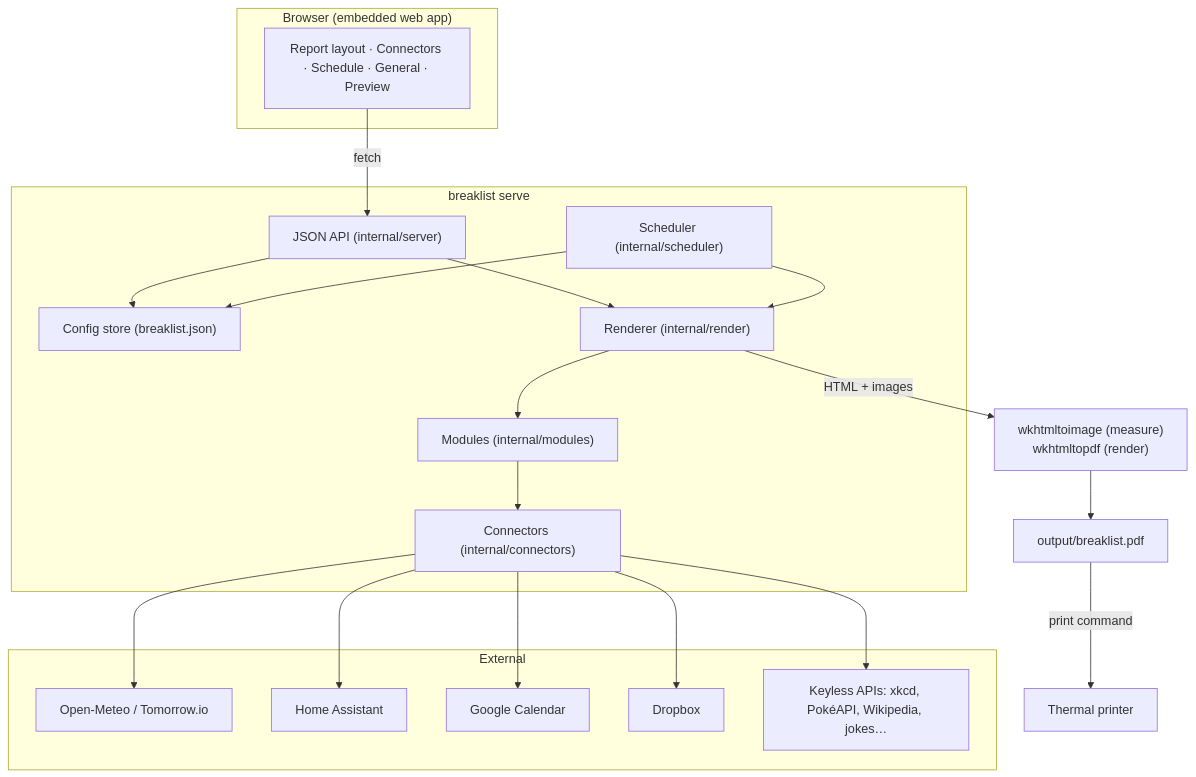
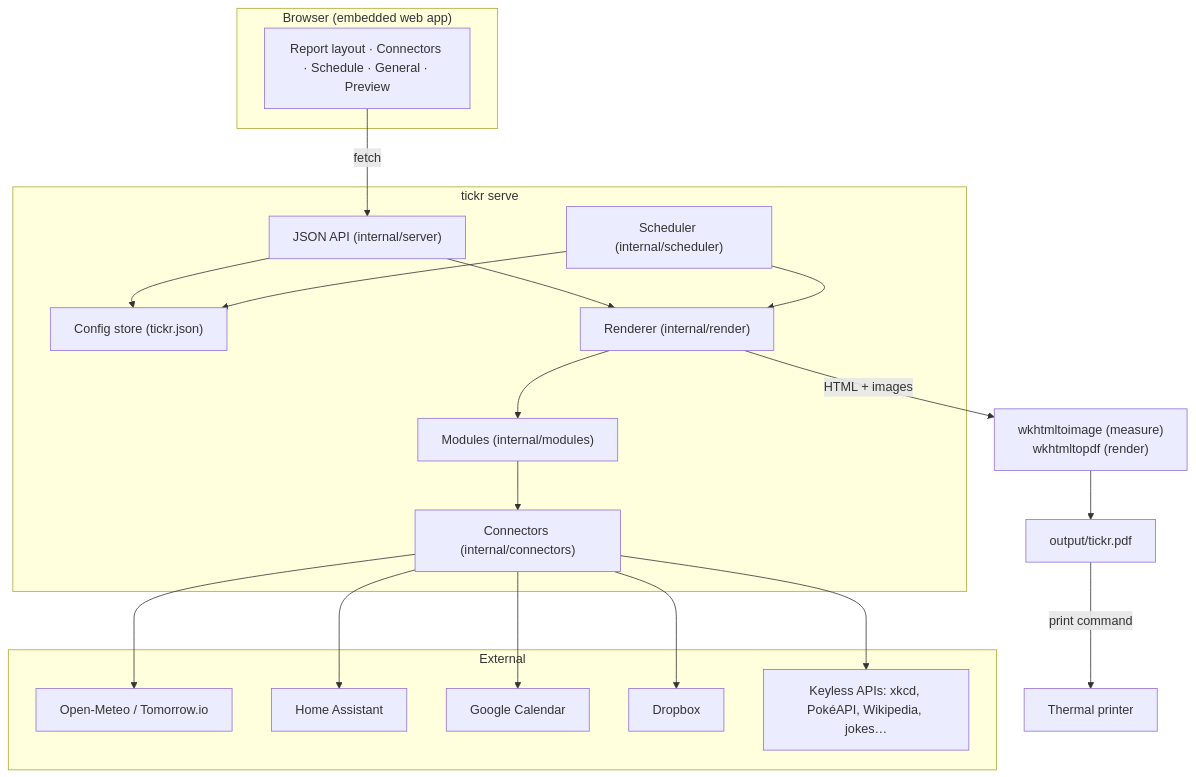
The diagram in docs/ARCHITECTURE.md (groblox/Tickr), drawn with Mermaid before and after one commit. The commit also changed other lines of this file and 51 other files, not shown here.

````diff
--- a/docs/ARCHITECTURE.md
+++ b/docs/ARCHITECTURE.md
@@ -5,35 +5,35 @@
 ```mermaid
 graph TD
     subgraph GUI["Browser (embedded web app)"]
         UI["Report layout · Connectors · Schedule · General · Preview"]
     end
 
-    subgraph Server["breaklist serve"]
+    subgraph Server["tickr serve"]
         API["JSON API (internal/server)"]
         SCH["Scheduler (internal/scheduler)"]
-        STORE["Config store (breaklist.json)"]
+        STORE["Config store (tickr.json)"]
         REN["Renderer (internal/render)"]
         MODS["Modules (internal/modules)"]
         CONN["Connectors (internal/connectors)"]
     end
 
     subgraph External
         WX["Open-Meteo / Tomorrow.io"]
         HA["Home Assistant"]
         GCAL["Google Calendar"]
         DBX["Dropbox"]
         FUN["Keyless APIs: xkcd, PokéAPI, Wikipedia, jokes…"]
     end
 
     UI -->|fetch| API
     API --> STORE
     API --> REN
     SCH --> STORE
     SCH --> REN
     REN --> MODS
     MODS --> CONN
     CONN --> WX & HA & GCAL & DBX & FUN
     REN -->|HTML + images| WK["wkhtmltoimage (measure)<br/>wkhtmltopdf (render)"]
-    WK --> PDF["output/breaklist.pdf"]
+    WK --> PDF["output/tickr.pdf"]
     PDF -->|print command| PRN["Thermal printer"]
 ```
````
